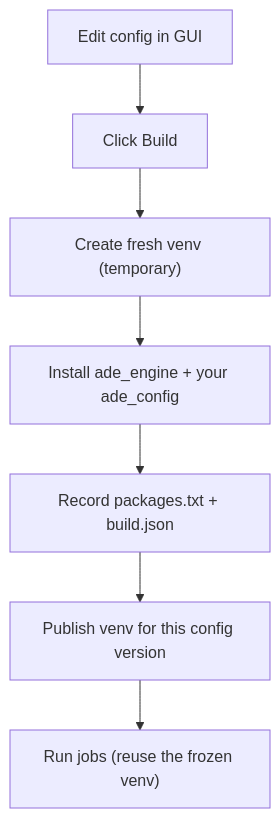
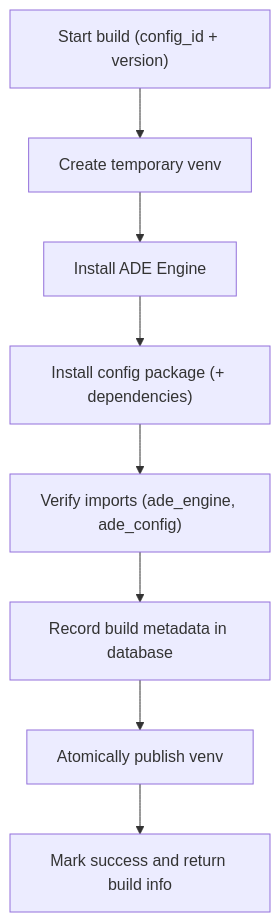
The diagram in docs/developers/02-build-venv.md (clac-ca/automatic-data-extractor), drawn with Mermaid before and after one commit. The commit also changed other lines of this file and 11 other files, not shown here.

````diff
--- a/docs/developers/02-build-venv.md
+++ b/docs/developers/02-build-venv.md
@@ -352,9 +46,10 @@
 ```mermaid
 flowchart TD
-    A["Edit config in GUI"] --> B["Click Build"]
-    B --> C["Create fresh venv (temporary)"]
-    C --> D["Install ade_engine + your ade_config"]
-    D --> E["Record packages.txt + build.json"]
-    E --> F["Publish venv for this config version"]
-    F --> G["Run jobs (reuse the frozen venv)"]
+  A["Start build (config_id + version)"] --> B["Create temporary venv"]
+  B --> C["Install ADE Engine"]
+  C --> D["Install config package (+ dependencies)"]
+  D --> E["Verify imports (ade_engine, ade_config)"]
+  E --> F["Record build metadata in database"]
+  F --> G["Atomically publish venv"]
+  G --> H["Mark success and return build info"]
 ```
````
